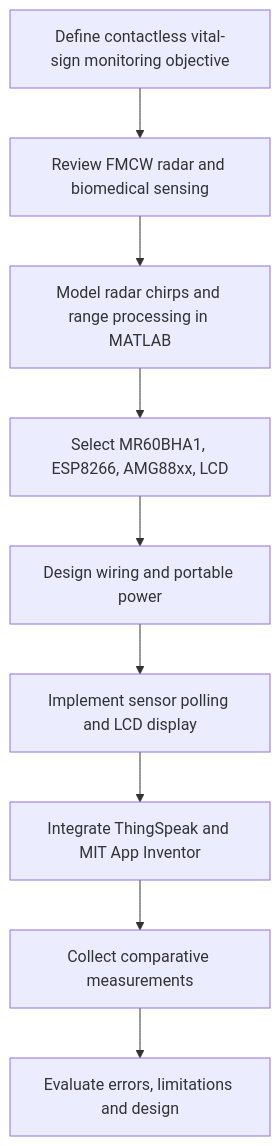
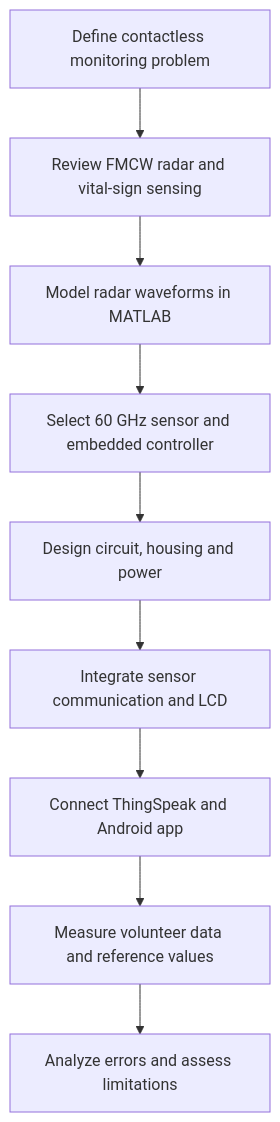
The diagram in docs/02-methodology.md (sahasimanta/contactless-vital-sign-monitoring-fmcw-radar-CVSMS-), drawn with Mermaid before and after one commit. The commit also changed other lines of this file and 24 other files, not shown here.

````diff
--- a/docs/02-methodology.md
+++ b/docs/02-methodology.md
@@ -7,11 +9,11 @@
 ```mermaid
 flowchart TD
-A[Define contactless vital-sign monitoring objective] --> B[Review FMCW radar and biomedical sensing]
-B --> C[Model radar chirps and range processing in MATLAB]
-C --> D[Select MR60BHA1, ESP8266, AMG88xx, LCD]
-D --> E[Design wiring and portable power]
-E --> F[Implement sensor polling and LCD display]
-F --> G[Integrate ThingSpeak and MIT App Inventor]
-G --> H[Collect comparative measurements]
-H --> I[Evaluate errors, limitations and design]
+    A[Define contactless monitoring problem] --> B[Review FMCW radar and vital-sign sensing]
+    B --> C[Model radar waveforms in MATLAB]
+    C --> D[Select 60 GHz sensor and embedded controller]
+    D --> E[Design circuit, housing and power]
+    E --> F[Integrate sensor communication and LCD]
+    F --> G[Connect ThingSpeak and Android app]
+    G --> H[Measure volunteer data and reference values]
+    H --> I[Analyze errors and assess limitations]
 ```
````
